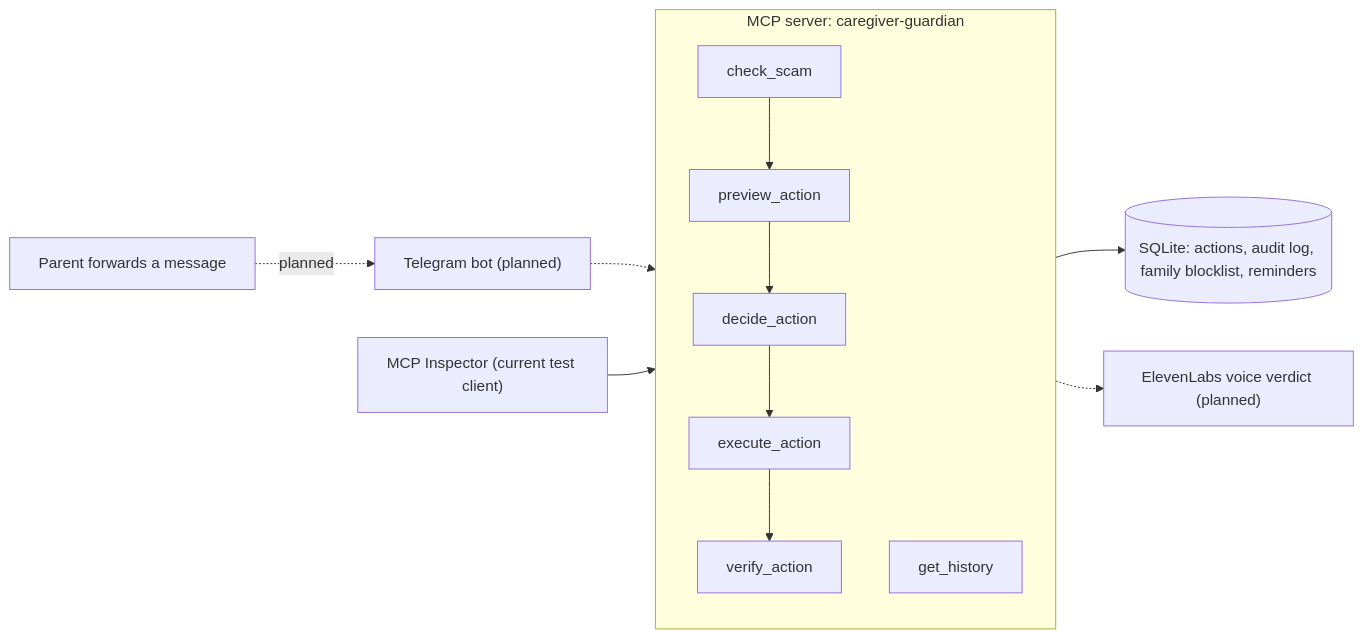
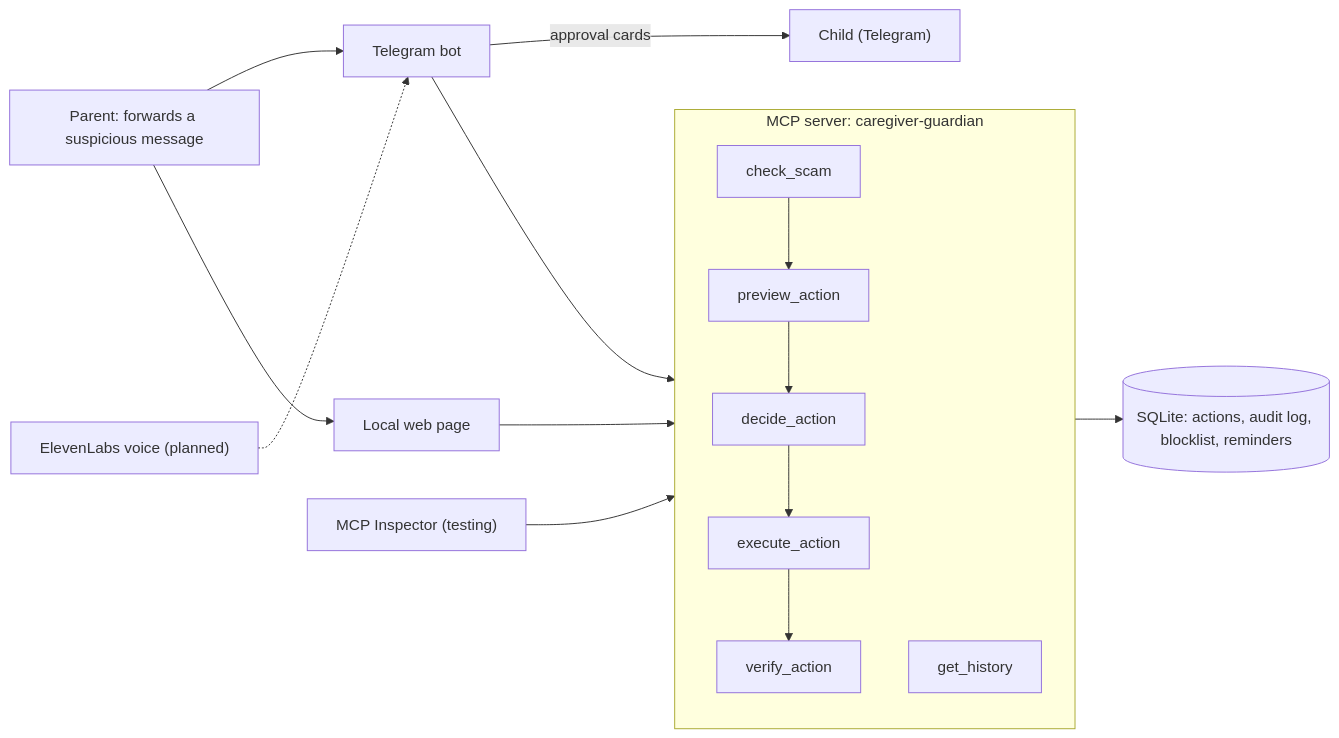
Before and after one commit to Lochang03/caregiver-guardian: the diagram in README.md, drawn with Mermaid. The commit also changed other lines of this file, not shown here.

````diff
--- a/README.md
+++ b/README.md
@@ -22,12 +32,15 @@
 ```mermaid
 flowchart LR
-    Parent["Parent forwards a message"] -.->|planned| Bot["Telegram bot (planned)"]
-    Bot -.-> MCP
-    Inspector["MCP Inspector (current test client)"] --> MCP
+    Parent["Parent: forwards a suspicious message"] --> Bot["Telegram bot"]
+    Parent --> Web["Local web page"]
+    Bot --> MCP
+    Web --> MCP
+    Inspector["MCP Inspector (testing)"] --> MCP
     subgraph MCP["MCP server: caregiver-guardian"]
         check_scam --> preview_action --> decide_action --> execute_action --> verify_action
         get_history
     end
-    MCP --> DB[("SQLite: actions, audit log, family blocklist, reminders")]
-    MCP -.-> Voice["ElevenLabs voice verdict (planned)"]
+    MCP --> DB[("SQLite: actions, audit log, blocklist, reminders")]
+    Bot -->|approval cards| Child["Child (Telegram)"]
+    Voice["ElevenLabs voice (planned)"] -.-> Bot
 ```
````
